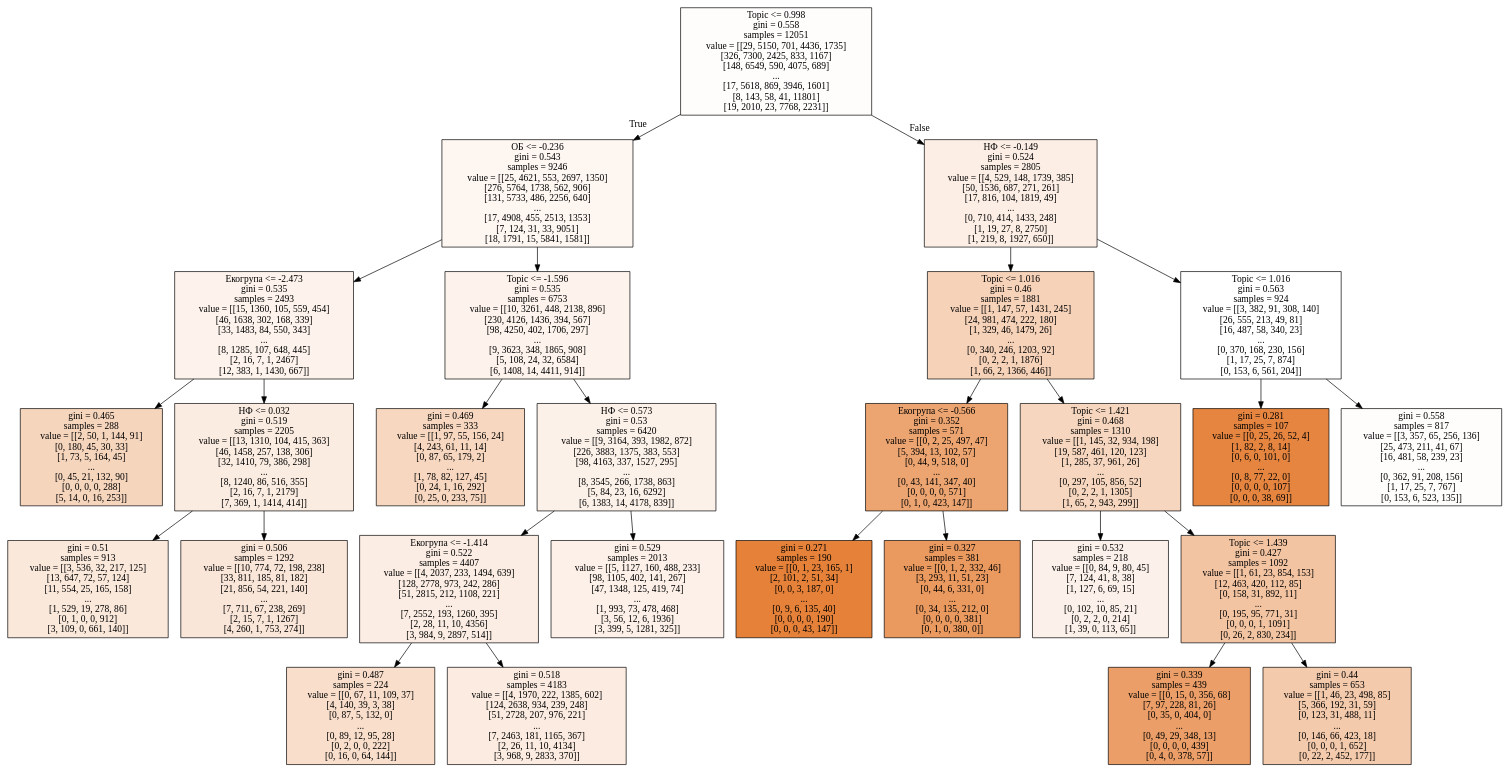
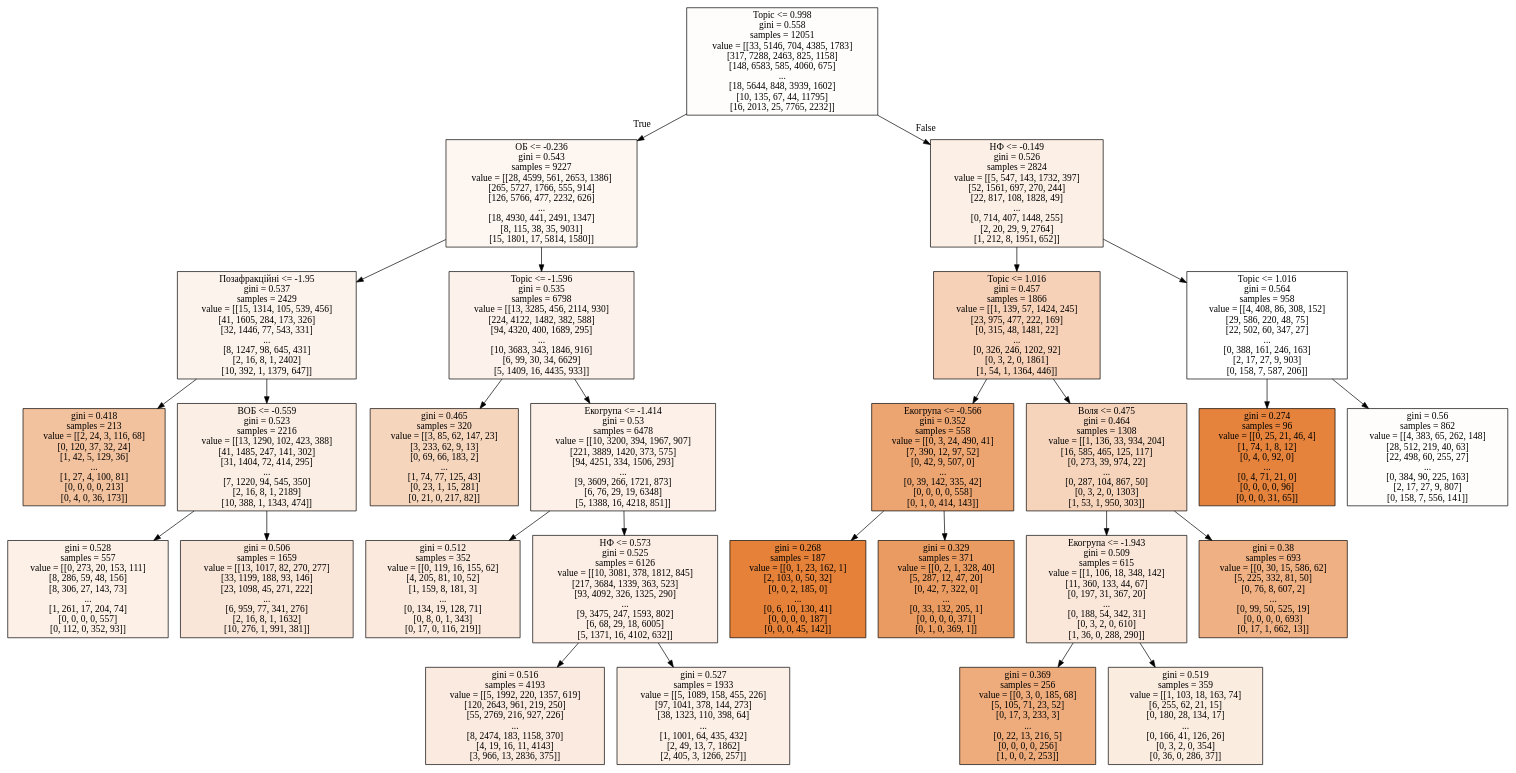
Before and after one commit to AverHLV/diploma-computations: the diagram in models/dt-3.model.dot, drawn with Graphviz. The commit also changed 56 other files, not shown here.

```diff
--- a/models/dt-3.model.dot
+++ b/models/dt-3.model.dot
@@ -1,56 +1,56 @@
 digraph Tree {
 node [shape=box, style="filled", color="black"] ;
-0 [label="Topic <= 0.998\ngini = 0.558\nsamples = 12051\nvalue = [[29, 5150, 701, 4436, 1735]\n[326, 7300, 2425, 833, 1167]\n[148, 6549, 590, 4075, 689]\n...\n[17, 5618, 869, 3946, 1601]\n[8, 143, 58, 41, 11801]\n[19, 2010, 23, 7768, 2231]]", fillcolor="#fffdfc"] ;
-1 [label="ОБ <= -0.236\ngini = 0.543\nsamples = 9246\nvalue = [[25, 4621, 553, 2697, 1350]\n[276, 5764, 1738, 562, 906]\n[131, 5733, 486, 2256, 640]\n...\n[17, 4908, 455, 2513, 1353]\n[7, 124, 31, 33, 9051]\n[18, 1791, 15, 5841, 1581]]", fillcolor="#fdf6f1"] ;
+0 [label="Topic <= 0.998\ngini = 0.558\nsamples = 12051\nvalue = [[33, 5146, 704, 4385, 1783]\n[317, 7288, 2463, 825, 1158]\n[148, 6583, 585, 4060, 675]\n...\n[18, 5644, 848, 3939, 1602]\n[10, 135, 67, 44, 11795]\n[16, 2013, 25, 7765, 2232]]", fillcolor="#fefdfb"] ;
+1 [label="ОБ <= -0.236\ngini = 0.543\nsamples = 9227\nvalue = [[28, 4599, 561, 2653, 1386]\n[265, 5727, 1766, 555, 914]\n[126, 5766, 477, 2232, 626]\n...\n[18, 4930, 441, 2491, 1347]\n[8, 115, 38, 35, 9031]\n[15, 1801, 17, 5814, 1580]]", fillcolor="#fdf6f1"] ;
 0 -> 1 [labeldistance=2.5, labelangle=45, headlabel="True"] ;
-5 [label="Екогрупа <= -2.473\ngini = 0.535\nsamples = 2493\nvalue = [[15, 1360, 105, 559, 454]\n[46, 1638, 302, 168, 339]\n[33, 1483, 84, 550, 343]\n...\n[8, 1285, 107, 648, 445]\n[2, 16, 7, 1, 2467]\n[12, 383, 1, 1430, 667]]", fillcolor="#fdf3ec"] ;
+5 [label="Позафракційні <= -1.95\ngini = 0.537\nsamples = 2429\nvalue = [[15, 1314, 105, 539, 456]\n[41, 1605, 284, 173, 326]\n[32, 1446, 77, 543, 331]\n...\n[8, 1247, 98, 645, 431]\n[2, 16, 8, 1, 2402]\n[10, 392, 1, 1379, 647]]", fillcolor="#fdf3ed"] ;
 1 -> 5 ;
-7 [label="gini = 0.465\nsamples = 288\nvalue = [[2, 50, 1, 144, 91]\n[0, 180, 45, 30, 33]\n[1, 73, 5, 164, 45]\n...\n[0, 45, 21, 132, 90]\n[0, 0, 0, 0, 288]\n[5, 14, 0, 16, 253]]", fillcolor="#f6d5bd"] ;
+7 [label="gini = 0.418\nsamples = 213\nvalue = [[2, 24, 3, 116, 68]\n[0, 120, 37, 32, 24]\n[1, 42, 5, 129, 36]\n...\n[1, 27, 4, 100, 81]\n[0, 0, 0, 0, 213]\n[0, 4, 0, 36, 173]]", fillcolor="#f2c19d"] ;
 5 -> 7 ;
-8 [label="НФ <= 0.032\ngini = 0.519\nsamples = 2205\nvalue = [[13, 1310, 104, 415, 363]\n[46, 1458, 257, 138, 306]\n[32, 1410, 79, 386, 298]\n...\n[8, 1240, 86, 516, 355]\n[2, 16, 7, 1, 2179]\n[7, 369, 1, 1414, 414]]", fillcolor="#fbece1"] ;
+8 [label="ВОБ <= -0.559\ngini = 0.523\nsamples = 2216\nvalue = [[13, 1290, 102, 423, 388]\n[41, 1485, 247, 141, 302]\n[31, 1404, 72, 414, 295]\n...\n[7, 1220, 94, 545, 350]\n[2, 16, 8, 1, 2189]\n[10, 388, 1, 1343, 474]]", fillcolor="#fbeee4"] ;
 5 -> 8 ;
-23 [label="gini = 0.51\nsamples = 913\nvalue = [[3, 536, 32, 217, 125]\n[13, 647, 72, 57, 124]\n[11, 554, 25, 165, 158]\n...\n[1, 529, 19, 278, 86]\n[0, 1, 0, 0, 912]\n[3, 109, 0, 661, 140]]", fillcolor="#fae8db"] ;
+23 [label="gini = 0.528\nsamples = 557\nvalue = [[0, 273, 20, 153, 111]\n[8, 286, 59, 48, 156]\n[8, 306, 27, 143, 73]\n...\n[1, 261, 17, 204, 74]\n[0, 0, 0, 0, 557]\n[0, 112, 0, 352, 93]]", fillcolor="#fcf0e7"] ;
 8 -> 23 ;
-24 [label="gini = 0.506\nsamples = 1292\nvalue = [[10, 774, 72, 198, 238]\n[33, 811, 185, 81, 182]\n[21, 856, 54, 221, 140]\n...\n[7, 711, 67, 238, 269]\n[2, 15, 7, 1, 1267]\n[4, 260, 1, 753, 274]]", fillcolor="#fae6d8"] ;
+24 [label="gini = 0.506\nsamples = 1659\nvalue = [[13, 1017, 82, 270, 277]\n[33, 1199, 188, 93, 146]\n[23, 1098, 45, 271, 222]\n...\n[6, 959, 77, 341, 276]\n[2, 16, 8, 1, 1632]\n[10, 276, 1, 991, 381]]", fillcolor="#fae6d8"] ;
 8 -> 24 ;
-6 [label="Topic <= -1.596\ngini = 0.535\nsamples = 6753\nvalue = [[10, 3261, 448, 2138, 896]\n[230, 4126, 1436, 394, 567]\n[98, 4250, 402, 1706, 297]\n...\n[9, 3623, 348, 1865, 908]\n[5, 108, 24, 32, 6584]\n[6, 1408, 14, 4411, 914]]", fillcolor="#fdf3ec"] ;
+6 [label="Topic <= -1.596\ngini = 0.535\nsamples = 6798\nvalue = [[13, 3285, 456, 2114, 930]\n[224, 4122, 1482, 382, 588]\n[94, 4320, 400, 1689, 295]\n...\n[10, 3683, 343, 1846, 916]\n[6, 99, 30, 34, 6629]\n[5, 1409, 16, 4435, 933]]", fillcolor="#fcf2eb"] ;
 1 -> 6 ;
-9 [label="gini = 0.469\nsamples = 333\nvalue = [[1, 97, 55, 156, 24]\n[4, 243, 61, 11, 14]\n[0, 87, 65, 179, 2]\n...\n[1, 78, 82, 127, 45]\n[0, 24, 1, 16, 292]\n[0, 25, 0, 233, 75]]", fillcolor="#f7d7bf"] ;
+9 [label="gini = 0.465\nsamples = 320\nvalue = [[3, 85, 62, 147, 23]\n[3, 233, 62, 9, 13]\n[0, 69, 66, 183, 2]\n...\n[1, 74, 77, 125, 43]\n[0, 23, 1, 15, 281]\n[0, 21, 0, 217, 82]]", fillcolor="#f6d5bd"] ;
 6 -> 9 ;
-10 [label="НФ <= 0.573\ngini = 0.53\nsamples = 6420\nvalue = [[9, 3164, 393, 1982, 872]\n[226, 3883, 1375, 383, 553]\n[98, 4163, 337, 1527, 295]\n...\n[8, 3545, 266, 1738, 863]\n[5, 84, 23, 16, 6292]\n[6, 1383, 14, 4178, 839]]", fillcolor="#fcf1e9"] ;
+10 [label="Екогрупа <= -1.414\ngini = 0.53\nsamples = 6478\nvalue = [[10, 3200, 394, 1967, 907]\n[221, 3889, 1420, 373, 575]\n[94, 4251, 334, 1506, 293]\n...\n[9, 3609, 266, 1721, 873]\n[6, 76, 29, 19, 6348]\n[5, 1388, 16, 4218, 851]]", fillcolor="#fcf0e8"] ;
 6 -> 10 ;
-13 [label="Екогрупа <= -1.414\ngini = 0.522\nsamples = 4407\nvalue = [[4, 2037, 233, 1494, 639]\n[128, 2778, 973, 242, 286]\n[51, 2815, 212, 1108, 221]\n...\n[7, 2552, 193, 1260, 395]\n[2, 28, 11, 10, 4356]\n[3, 984, 9, 2897, 514]]", fillcolor="#fbede3"] ;
+13 [label="gini = 0.512\nsamples = 352\nvalue = [[0, 119, 16, 155, 62]\n[4, 205, 81, 10, 52]\n[1, 159, 8, 181, 3]\n...\n[0, 134, 19, 128, 71]\n[0, 8, 0, 1, 343]\n[0, 17, 0, 116, 219]]", fillcolor="#fae9dc"] ;
 10 -> 13 ;
-21 [label="gini = 0.487\nsamples = 224\nvalue = [[0, 67, 11, 109, 37]\n[4, 140, 39, 3, 38]\n[0, 87, 5, 132, 0]\n...\n[0, 89, 12, 95, 28]\n[0, 2, 0, 0, 222]\n[0, 16, 0, 64, 144]]", fillcolor="#f8decb"] ;
-13 -> 21 ;
-22 [label="gini = 0.518\nsamples = 4183\nvalue = [[4, 1970, 222, 1385, 602]\n[124, 2638, 934, 239, 248]\n[51, 2728, 207, 976, 221]\n...\n[7, 2463, 181, 1165, 367]\n[2, 26, 11, 10, 4134]\n[3, 968, 9, 2833, 370]]", fillcolor="#fbebe0"] ;
-13 -> 22 ;
-14 [label="gini = 0.529\nsamples = 2013\nvalue = [[5, 1127, 160, 488, 233]\n[98, 1105, 402, 141, 267]\n[47, 1348, 125, 419, 74]\n...\n[1, 993, 73, 478, 468]\n[3, 56, 12, 6, 1936]\n[3, 399, 5, 1281, 325]]", fillcolor="#fcf0e8"] ;
+14 [label="НФ <= 0.573\ngini = 0.525\nsamples = 6126\nvalue = [[10, 3081, 378, 1812, 845]\n[217, 3684, 1339, 363, 523]\n[93, 4092, 326, 1325, 290]\n...\n[9, 3475, 247, 1593, 802]\n[6, 68, 29, 18, 6005]\n[5, 1371, 16, 4102, 632]]", fillcolor="#fceee5"] ;
 10 -> 14 ;
-2 [label="НФ <= -0.149\ngini = 0.524\nsamples = 2805\nvalue = [[4, 529, 148, 1739, 385]\n[50, 1536, 687, 271, 261]\n[17, 816, 104, 1819, 49]\n...\n[0, 710, 414, 1433, 248]\n[1, 19, 27, 8, 2750]\n[1, 219, 8, 1927, 650]]", fillcolor="#fceee5"] ;
+15 [label="gini = 0.516\nsamples = 4193\nvalue = [[5, 1992, 220, 1357, 619]\n[120, 2643, 961, 219, 250]\n[55, 2769, 216, 927, 226]\n...\n[8, 2474, 183, 1158, 370]\n[4, 19, 16, 11, 4143]\n[3, 966, 13, 2836, 375]]", fillcolor="#fbeadf"] ;
+14 -> 15 ;
+16 [label="gini = 0.527\nsamples = 1933\nvalue = [[5, 1089, 158, 455, 226]\n[97, 1041, 378, 144, 273]\n[38, 1323, 110, 398, 64]\n...\n[1, 1001, 64, 435, 432]\n[2, 49, 13, 7, 1862]\n[2, 405, 3, 1266, 257]]", fillcolor="#fcefe6"] ;
+14 -> 16 ;
+2 [label="НФ <= -0.149\ngini = 0.526\nsamples = 2824\nvalue = [[5, 547, 143, 1732, 397]\n[52, 1561, 697, 270, 244]\n[22, 817, 108, 1828, 49]\n...\n[0, 714, 407, 1448, 255]\n[2, 20, 29, 9, 2764]\n[1, 212, 8, 1951, 652]]", fillcolor="#fcefe6"] ;
 0 -> 2 [labeldistance=2.5, labelangle=-45, headlabel="False"] ;
-3 [label="Topic <= 1.016\ngini = 0.46\nsamples = 1881\nvalue = [[1, 147, 57, 1431, 245]\n[24, 981, 474, 222, 180]\n[1, 329, 46, 1479, 26]\n...\n[0, 340, 246, 1203, 92]\n[0, 2, 2, 1, 1876]\n[1, 66, 2, 1366, 446]]", fillcolor="#f6d2b9"] ;
+3 [label="Topic <= 1.016\ngini = 0.457\nsamples = 1866\nvalue = [[1, 139, 57, 1424, 245]\n[23, 975, 477, 222, 169]\n[0, 315, 48, 1481, 22]\n...\n[0, 326, 246, 1202, 92]\n[0, 3, 2, 0, 1861]\n[1, 54, 1, 1364, 446]]", fillcolor="#f6d1b7"] ;
 2 -> 3 ;
-11 [label="Екогрупа <= -0.566\ngini = 0.352\nsamples = 571\nvalue = [[0, 2, 25, 497, 47]\n[5, 394, 13, 102, 57]\n[0, 44, 9, 518, 0]\n...\n[0, 43, 141, 347, 40]\n[0, 0, 0, 0, 571]\n[0, 1, 0, 423, 147]]", fillcolor="#eca470"] ;
+11 [label="Екогрупа <= -0.566\ngini = 0.352\nsamples = 558\nvalue = [[0, 3, 24, 490, 41]\n[7, 390, 12, 97, 52]\n[0, 42, 9, 507, 0]\n...\n[0, 39, 142, 335, 42]\n[0, 0, 0, 0, 558]\n[0, 1, 0, 414, 143]]", fillcolor="#eca471"] ;
 3 -> 11 ;
-25 [label="gini = 0.271\nsamples = 190\nvalue = [[0, 1, 23, 165, 1]\n[2, 101, 2, 51, 34]\n[0, 0, 3, 187, 0]\n...\n[0, 9, 6, 135, 40]\n[0, 0, 0, 0, 190]\n[0, 0, 0, 43, 147]]", fillcolor="#e58139"] ;
+25 [label="gini = 0.268\nsamples = 187\nvalue = [[0, 1, 23, 162, 1]\n[2, 103, 0, 50, 32]\n[0, 0, 2, 185, 0]\n...\n[0, 6, 10, 130, 41]\n[0, 0, 0, 0, 187]\n[0, 0, 0, 45, 142]]", fillcolor="#e58139"] ;
 11 -> 25 ;
-26 [label="gini = 0.327\nsamples = 381\nvalue = [[0, 1, 2, 332, 46]\n[3, 293, 11, 51, 23]\n[0, 44, 6, 331, 0]\n...\n[0, 34, 135, 212, 0]\n[0, 0, 0, 0, 381]\n[0, 1, 0, 380, 0]]", fillcolor="#ea995f"] ;
+26 [label="gini = 0.329\nsamples = 371\nvalue = [[0, 2, 1, 328, 40]\n[5, 287, 12, 47, 20]\n[0, 42, 7, 322, 0]\n...\n[0, 33, 132, 205, 1]\n[0, 0, 0, 0, 371]\n[0, 1, 0, 369, 1]]", fillcolor="#ea9b61"] ;
 11 -> 26 ;
-12 [label="Topic <= 1.421\ngini = 0.468\nsamples = 1310\nvalue = [[1, 145, 32, 934, 198]\n[19, 587, 461, 120, 123]\n[1, 285, 37, 961, 26]\n...\n[0, 297, 105, 856, 52]\n[0, 2, 2, 1, 1305]\n[1, 65, 2, 943, 299]]", fillcolor="#f6d6be"] ;
+12 [label="Воля <= 0.475\ngini = 0.464\nsamples = 1308\nvalue = [[1, 136, 33, 934, 204]\n[16, 585, 465, 125, 117]\n[0, 273, 39, 974, 22]\n...\n[0, 287, 104, 867, 50]\n[0, 3, 2, 0, 1303]\n[1, 53, 1, 950, 303]]", fillcolor="#f6d4bc"] ;
 3 -> 12 ;
-17 [label="gini = 0.532\nsamples = 218\nvalue = [[0, 84, 9, 80, 45]\n[7, 124, 41, 8, 38]\n[1, 127, 6, 69, 15]\n...\n[0, 102, 10, 85, 21]\n[0, 2, 2, 0, 214]\n[1, 39, 0, 113, 65]]", fillcolor="#fcf1ea"] ;
-12 -> 17 ;
-18 [label="Topic <= 1.439\ngini = 0.427\nsamples = 1092\nvalue = [[1, 61, 23, 854, 153]\n[12, 463, 420, 112, 85]\n[0, 158, 31, 892, 11]\n...\n[0, 195, 95, 771, 31]\n[0, 0, 0, 1, 1091]\n[0, 26, 2, 830, 234]]", fillcolor="#f3c4a2"] ;
-12 -> 18 ;
-19 [label="gini = 0.339\nsamples = 439\nvalue = [[0, 15, 0, 356, 68]\n[7, 97, 228, 81, 26]\n[0, 35, 0, 404, 0]\n...\n[0, 49, 29, 348, 13]\n[0, 0, 0, 0, 439]\n[0, 4, 0, 378, 57]]", fillcolor="#eb9e67"] ;
-18 -> 19 ;
-20 [label="gini = 0.44\nsamples = 653\nvalue = [[1, 46, 23, 498, 85]\n[5, 366, 192, 31, 59]\n[0, 123, 31, 488, 11]\n...\n[0, 146, 66, 423, 18]\n[0, 0, 0, 1, 652]\n[0, 22, 2, 452, 177]]", fillcolor="#f4caac"] ;
-18 -> 20 ;
-4 [label="Topic <= 1.016\ngini = 0.563\nsamples = 924\nvalue = [[3, 382, 91, 308, 140]\n[26, 555, 213, 49, 81]\n[16, 487, 58, 340, 23]\n...\n[0, 370, 168, 230, 156]\n[1, 17, 25, 7, 874]\n[0, 153, 6, 561, 204]]", fillcolor="#ffffff"] ;
+19 [label="Екогрупа <= -1.943\ngini = 0.509\nsamples = 615\nvalue = [[1, 106, 18, 348, 142]\n[11, 360, 133, 44, 67]\n[0, 197, 31, 367, 20]\n...\n[0, 188, 54, 342, 31]\n[0, 3, 2, 0, 610]\n[1, 36, 0, 288, 290]]", fillcolor="#fae7da"] ;
+12 -> 19 ;
+21 [label="gini = 0.369\nsamples = 256\nvalue = [[0, 3, 0, 185, 68]\n[5, 105, 71, 23, 52]\n[0, 17, 3, 233, 3]\n...\n[0, 22, 13, 216, 5]\n[0, 0, 0, 0, 256]\n[1, 0, 0, 2, 253]]", fillcolor="#eeac7c"] ;
+19 -> 21 ;
+22 [label="gini = 0.519\nsamples = 359\nvalue = [[1, 103, 18, 163, 74]\n[6, 255, 62, 21, 15]\n[0, 180, 28, 134, 17]\n...\n[0, 166, 41, 126, 26]\n[0, 3, 2, 0, 354]\n[0, 36, 0, 286, 37]]", fillcolor="#fbece0"] ;
+19 -> 22 ;
+20 [label="gini = 0.38\nsamples = 693\nvalue = [[0, 30, 15, 586, 62]\n[5, 225, 332, 81, 50]\n[0, 76, 8, 607, 2]\n...\n[0, 99, 50, 525, 19]\n[0, 0, 0, 0, 693]\n[0, 17, 1, 662, 13]]", fillcolor="#efb083"] ;
+12 -> 20 ;
+4 [label="Topic <= 1.016\ngini = 0.564\nsamples = 958\nvalue = [[4, 408, 86, 308, 152]\n[29, 586, 220, 48, 75]\n[22, 502, 60, 347, 27]\n...\n[0, 388, 161, 246, 163]\n[2, 17, 27, 9, 903]\n[0, 158, 7, 587, 206]]", fillcolor="#ffffff"] ;
 2 -> 4 ;
-15 [label="gini = 0.281\nsamples = 107\nvalue = [[0, 25, 26, 52, 4]\n[1, 82, 2, 8, 14]\n[0, 6, 0, 101, 0]\n...\n[0, 8, 77, 22, 0]\n[0, 0, 0, 0, 107]\n[0, 0, 0, 38, 69]]", fillcolor="#e68540"] ;
-4 -> 15 ;
-16 [label="gini = 0.558\nsamples = 817\nvalue = [[3, 357, 65, 256, 136]\n[25, 473, 211, 41, 67]\n[16, 481, 58, 239, 23]\n...\n[0, 362, 91, 208, 156]\n[1, 17, 25, 7, 767]\n[0, 153, 6, 523, 135]]", fillcolor="#fffdfc"] ;
-4 -> 16 ;
+17 [label="gini = 0.274\nsamples = 96\nvalue = [[0, 25, 21, 46, 4]\n[1, 74, 1, 8, 12]\n[0, 4, 0, 92, 0]\n...\n[0, 4, 71, 21, 0]\n[0, 0, 0, 0, 96]\n[0, 0, 0, 31, 65]]", fillcolor="#e5833c"] ;
+4 -> 17 ;
+18 [label="gini = 0.56\nsamples = 862\nvalue = [[4, 383, 65, 262, 148]\n[28, 512, 219, 40, 63]\n[22, 498, 60, 255, 27]\n...\n[0, 384, 90, 225, 163]\n[2, 17, 27, 9, 807]\n[0, 158, 7, 556, 141]]", fillcolor="#fffdfc"] ;
+4 -> 18 ;
 }
```
